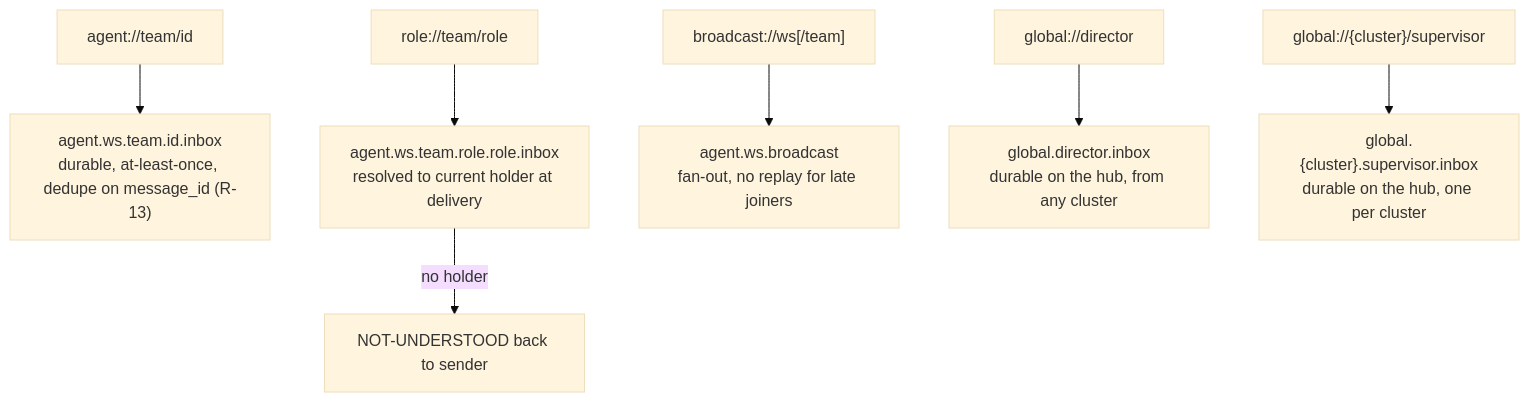
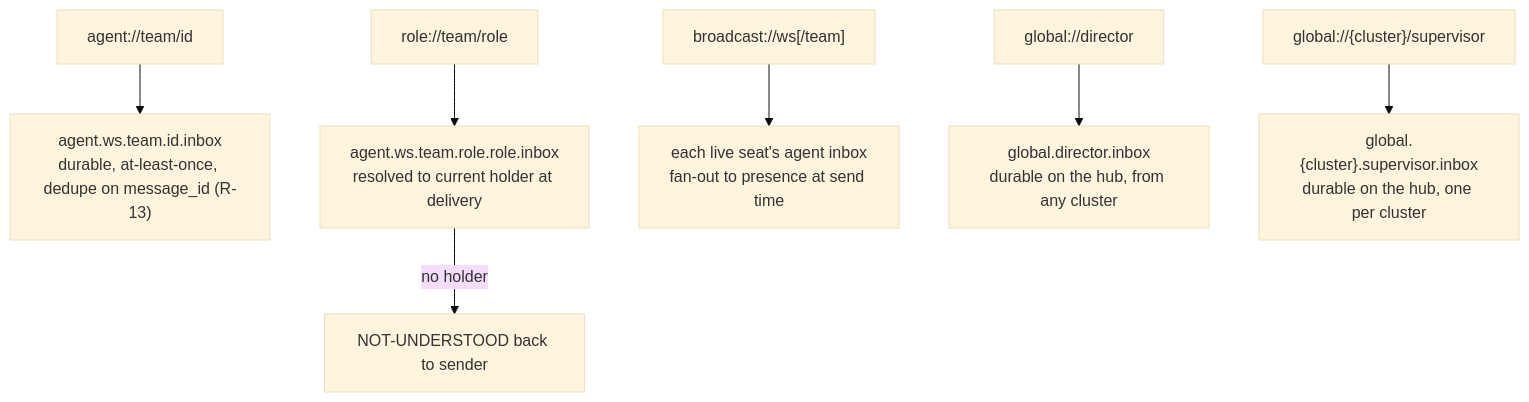
Before and after one commit to ArcavenAE/director: the third of 11 diagrams in docs/architecture.md, drawn with Mermaid (base theme). The commit also changed 4 other files, not shown here.

First line of the commit message:
fix(director-mcp): fan a broadcast out to live presence and refuse at zero (#140)

````diff
--- a/docs/architecture.md
+++ b/docs/architecture.md
@@ -102,9 +102,9 @@
 ```mermaid
 flowchart TD
   A1["agent://team/id"] --> S1["agent.ws.team.id.inbox<br/>durable, at-least-once, dedupe on message_id (R-13)"]
   A2["role://team/role"] --> S2["agent.ws.team.role.role.inbox<br/>resolved to current holder at delivery"]
-  A3["broadcast://ws[/team]"] --> S3["agent.ws.broadcast<br/>fan-out, no replay for late joiners"]
+  A3["broadcast://ws[/team]"] --> S3["each live seat's agent inbox<br/>fan-out to presence at send time"]
   A4["global://director"] --> S4["global.director.inbox<br/>durable on the hub, from any cluster"]
   A5["global://{cluster}/supervisor"] --> S5["global.{cluster}.supervisor.inbox<br/>durable on the hub, one per cluster"]
   S2 -->|"no holder"| NU["NOT-UNDERSTOOD back to sender"]
 ```
````
